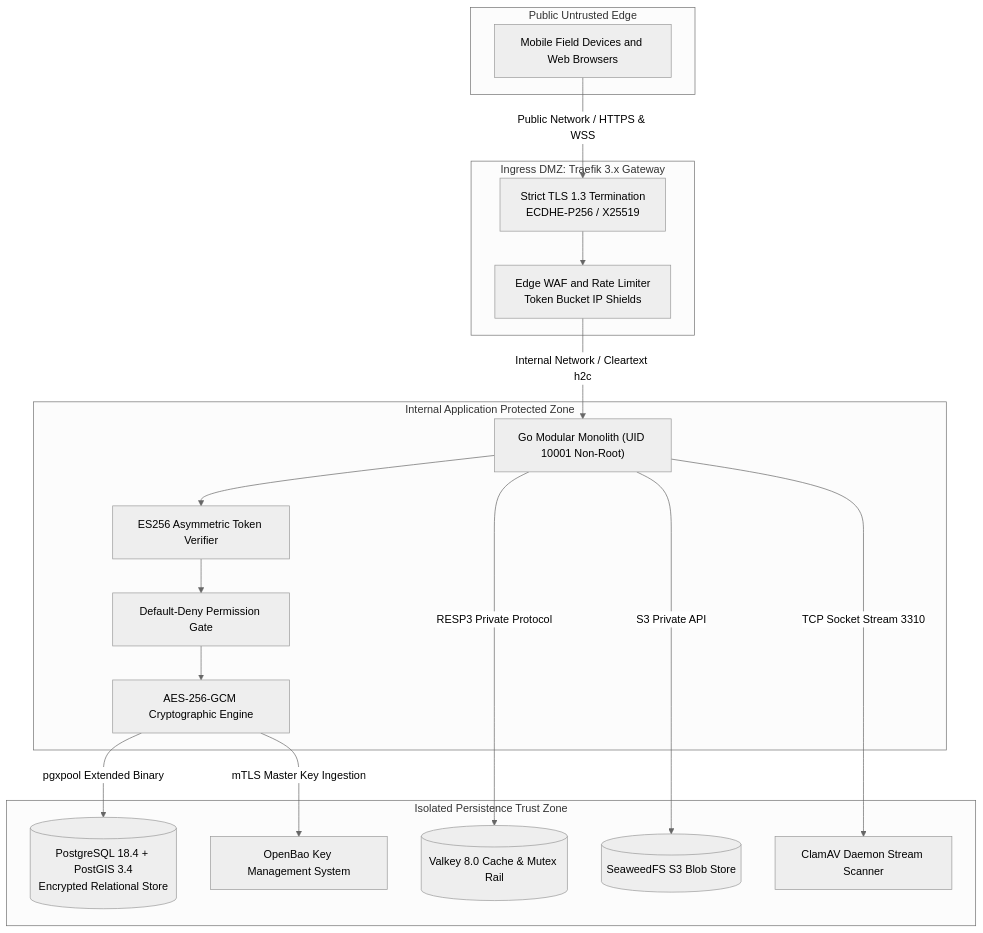
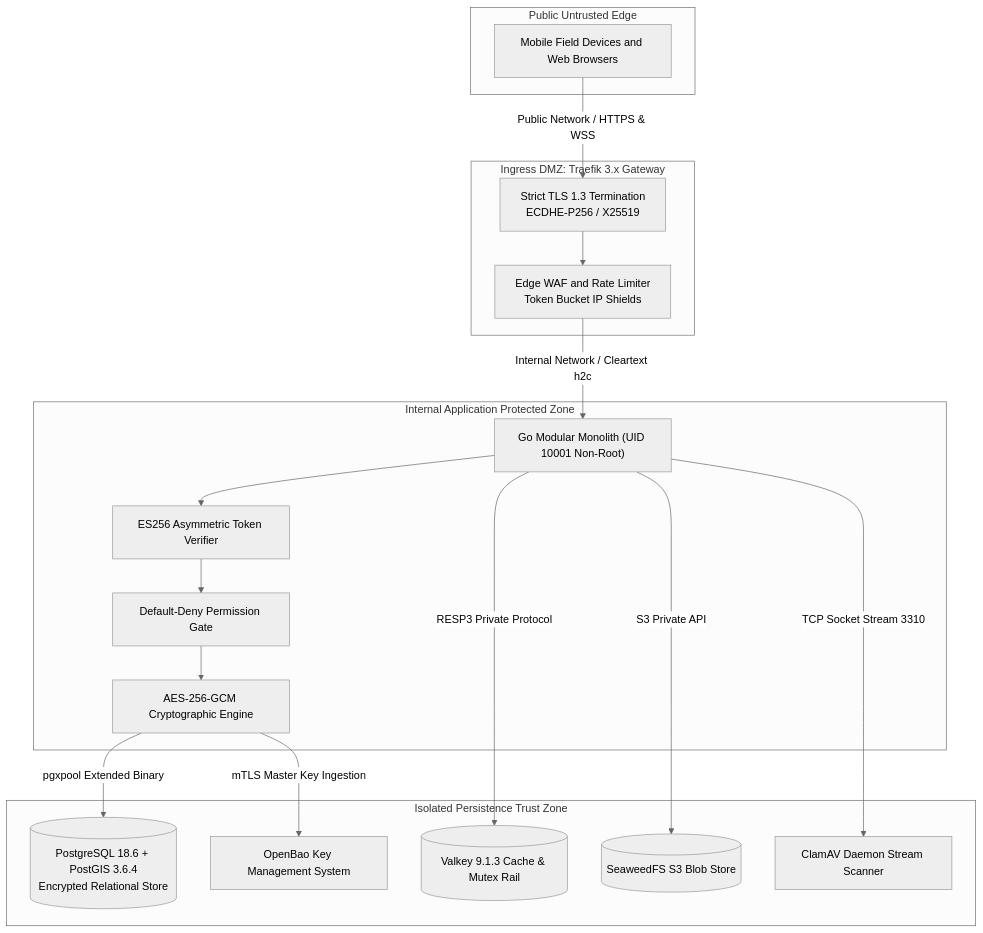
The first of 5 diagrams in docs/shared/architecture/09-security-architecture.md (YDink/Heavy-Machinery-Logistics-Rental), drawn with Mermaid (neutral theme) before and after one commit. The commit also changed other lines of this file and 212 other files, not shown here.

````diff
--- a/docs/shared/architecture/09-security-architecture.md
+++ b/docs/shared/architecture/09-security-architecture.md
@@ -85,40 +85,40 @@
 ```mermaid
 flowchart TD
     subgraph PublicUntrusted [Public Untrusted Edge]
         InternetUsers["Mobile Field Devices and Web Browsers"]
     end
 
     subgraph DMZBoundary [Ingress DMZ: Traefik 3.x Gateway]
         TLS["Strict TLS 1.3 Termination<br/>ECDHE-P256 / X25519"]
         WAF["Edge WAF and Rate Limiter<br/>Token Bucket IP Shields"]
     end
 
     subgraph InternalAppZone [Internal Application Protected Zone]
         GoMonolith["Go Modular Monolith (UID 10001 Non-Root)"]
         TokenAuth["ES256 Asymmetric Token Verifier"]
         RBAC["Default-Deny Permission Gate"]
         CipherEngine["AES-256-GCM Cryptographic Engine"]
     end
 
     subgraph StorageTrustZone [Isolated Persistence Trust Zone]
-        PostgresCore[("PostgreSQL 18.4 + PostGIS 3.4<br/>Encrypted Relational Store")]
-        ValkeyCore[("Valkey 8.0 Cache & Mutex Rail")]
+        PostgresCore[("PostgreSQL 18.6 + PostGIS 3.6.4<br/>Encrypted Relational Store")]
+        ValkeyCore[("Valkey 9.1.3 Cache & Mutex Rail")]
         SeaweedCore[("SeaweedFS S3 Blob Store")]
         ClamAVDaemon["ClamAV Daemon Stream Scanner"]
         OpenBaoKMS["OpenBao Key Management System"]
     end
 
     InternetUsers -->|Public Network / HTTPS & WSS| TLS
     TLS --> WAF
     WAF -->|Internal Network / Cleartext h2c| GoMonolith
 
     GoMonolith --> TokenAuth
     TokenAuth --> RBAC
     RBAC --> CipherEngine
 
     CipherEngine -->|pgxpool Extended Binary| PostgresCore
     GoMonolith -->|RESP3 Private Protocol| ValkeyCore
     GoMonolith -->|S3 Private API| SeaweedCore
     GoMonolith -->|TCP Socket Stream 3310| ClamAVDaemon
     CipherEngine -->|mTLS Master Key Ingestion| OpenBaoKMS
 ```
````
